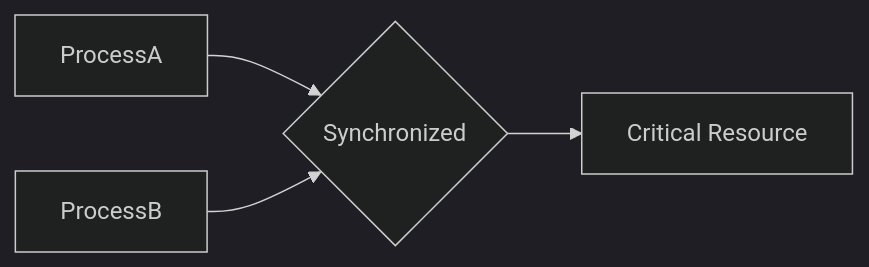
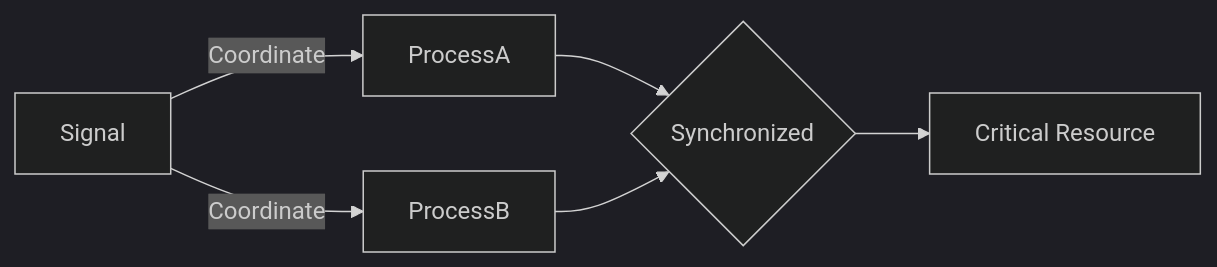
One commit to P1G3s/Blogs changed the second of 2 diagrams in .backup/Process.md. Above: the diagram before and after it, drawn with Mermaid (dark theme). The commit also changed other lines of this file and 7 other files, not shown here.

````diff
--- a/.backup/Process.md
+++ b/.backup/Process.md
@@ -23,6 +32,8 @@
 ```mermaid
 graph LR;
+	Signal --Coordinate--> ProcessA
+	Signal --Coordinate--> ProcessB
 	ProcessA --> Syn{Synchronized};
 	ProcessB --> Syn{Synchronized};
 	Syn --> CTS[Critical Resource];
 ```
````
